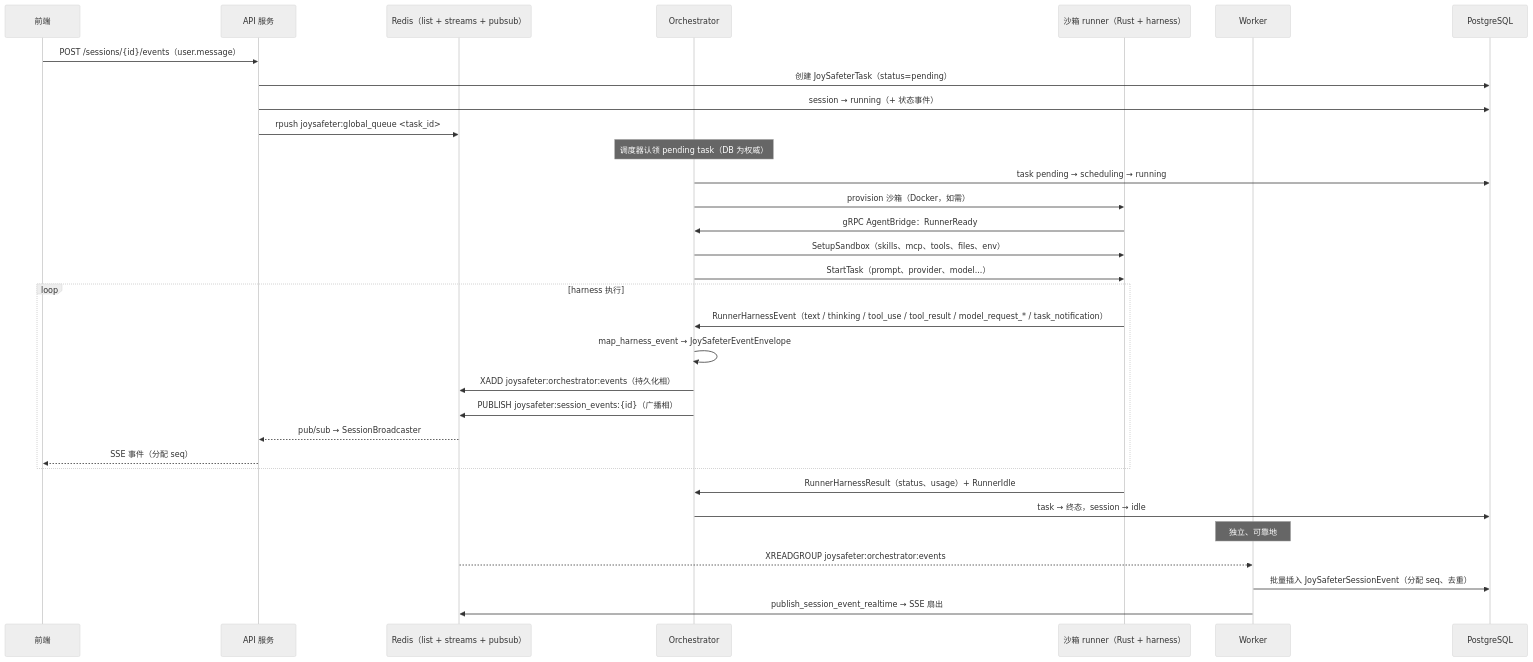
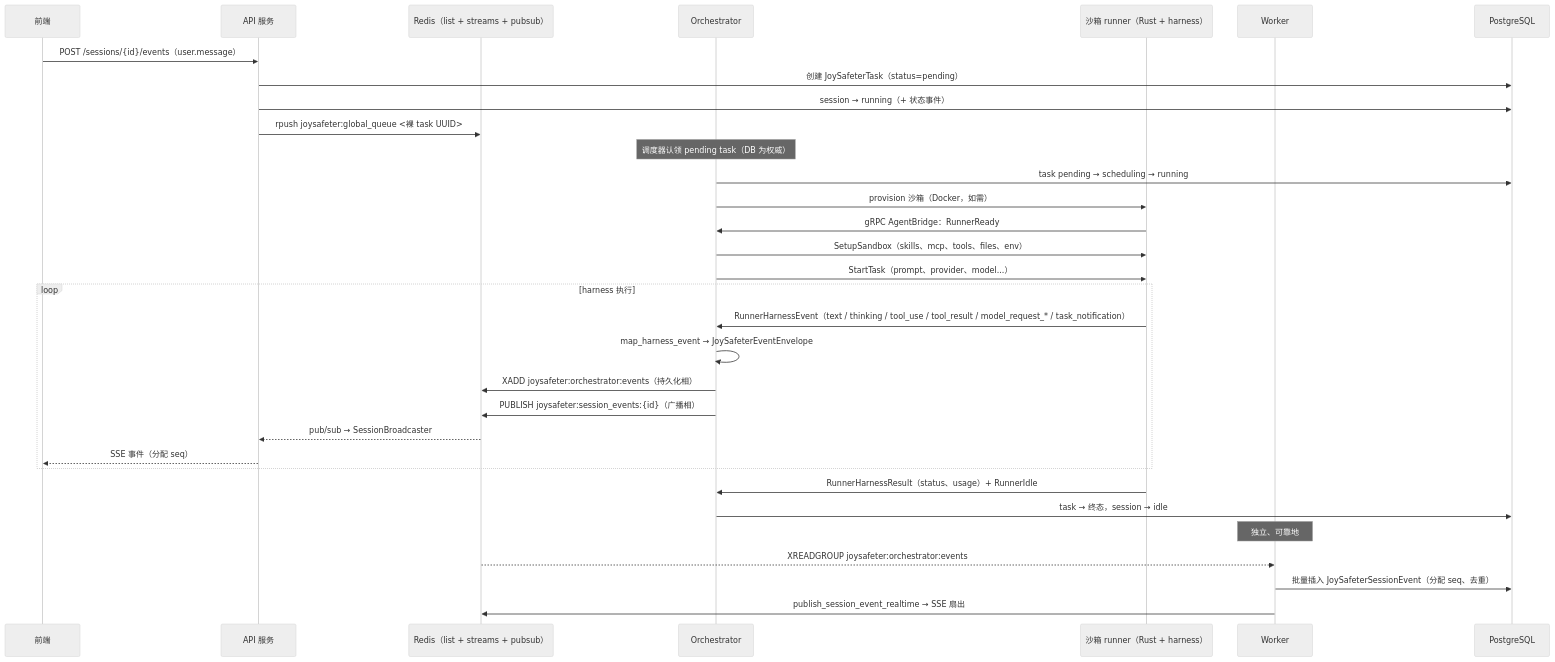
The second of 2 diagrams in docs/ARCHITECTURE_CN.md (jd-opensource/JoySafeter), drawn with Mermaid (neutral theme) before and after one commit. The commit also changed other lines of this file and 255 other files, not shown here.

````diff
--- a/docs/ARCHITECTURE_CN.md
+++ b/docs/ARCHITECTURE_CN.md
@@ -140,39 +140,39 @@
 ```mermaid
 sequenceDiagram
     participant FE as 前端
     participant API as API 服务
     participant Q as Redis（list + streams + pubsub）
     participant ORCH as Orchestrator
     participant RUN as 沙箱 runner（Rust + harness）
     participant WK as Worker
     participant PG as PostgreSQL
 
     FE->>API: POST /sessions/{id}/events（user.message）
     API->>PG: 创建 JoySafeterTask（status=pending）
     API->>PG: session → running（+ 状态事件）
-    API->>Q: rpush joysafeter:global_queue <task_id>
+    API->>Q: rpush joysafeter:global_queue <裸 task UUID>
 
     Note over ORCH: 调度器认领 pending task（DB 为权威）
     ORCH->>PG: task pending → scheduling → running
     ORCH->>RUN: provision 沙箱（Docker，如需）
     RUN->>ORCH: gRPC AgentBridge：RunnerReady
     ORCH->>RUN: SetupSandbox（skills、mcp、tools、files、env）
     ORCH->>RUN: StartTask（prompt、provider、model...）
 
     loop harness 执行
         RUN->>ORCH: RunnerHarnessEvent（text / thinking / tool_use / tool_result / model_request_* / task_notification）
         ORCH->>ORCH: map_harness_event → JoySafeterEventEnvelope
         ORCH->>Q: XADD joysafeter:orchestrator:events（持久化相）
         ORCH->>Q: PUBLISH joysafeter:session_events:{id}（广播相）
         Q-->>API: pub/sub → SessionBroadcaster
         API-->>FE: SSE 事件（分配 seq）
     end
 
     RUN->>ORCH: RunnerHarnessResult（status、usage）+ RunnerIdle
     ORCH->>PG: task → 终态，session → idle
 
     Note over WK: 独立、可靠地
     Q-->>WK: XREADGROUP joysafeter:orchestrator:events
     WK->>PG: 批量插入 JoySafeterSessionEvent（分配 seq、去重）
     WK->>Q: publish_session_event_realtime → SSE 扇出
 ```
````
